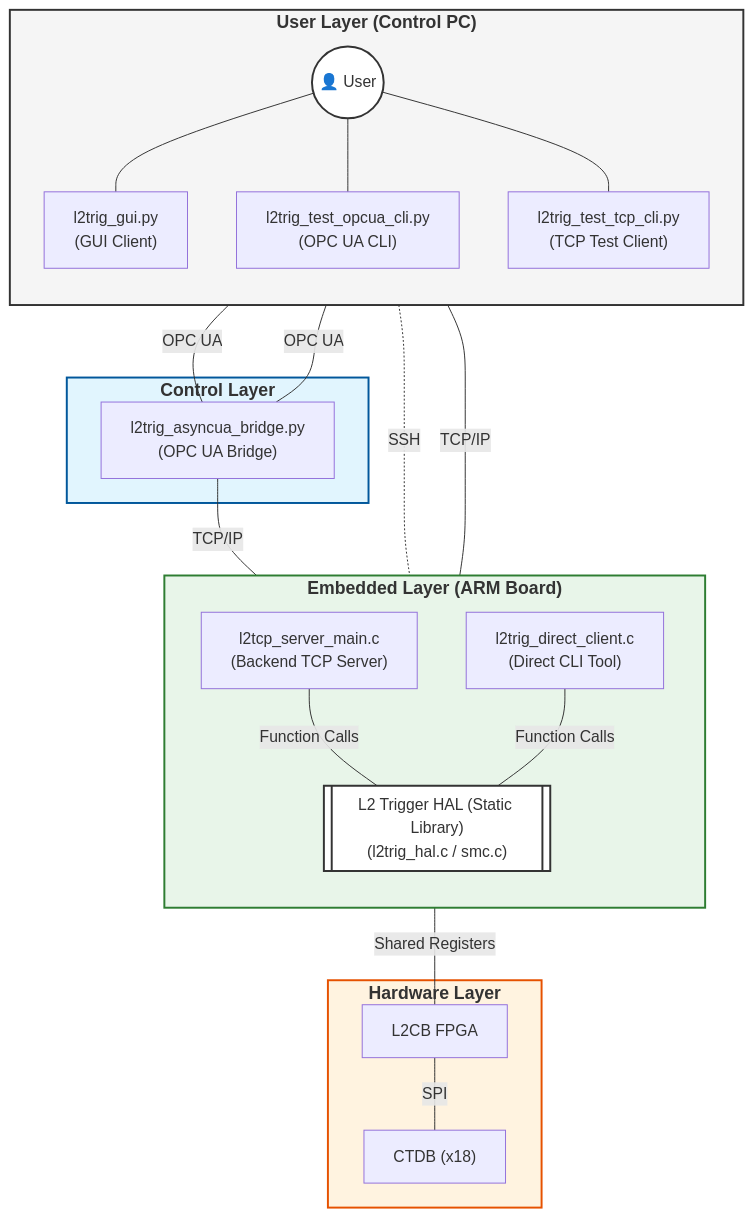
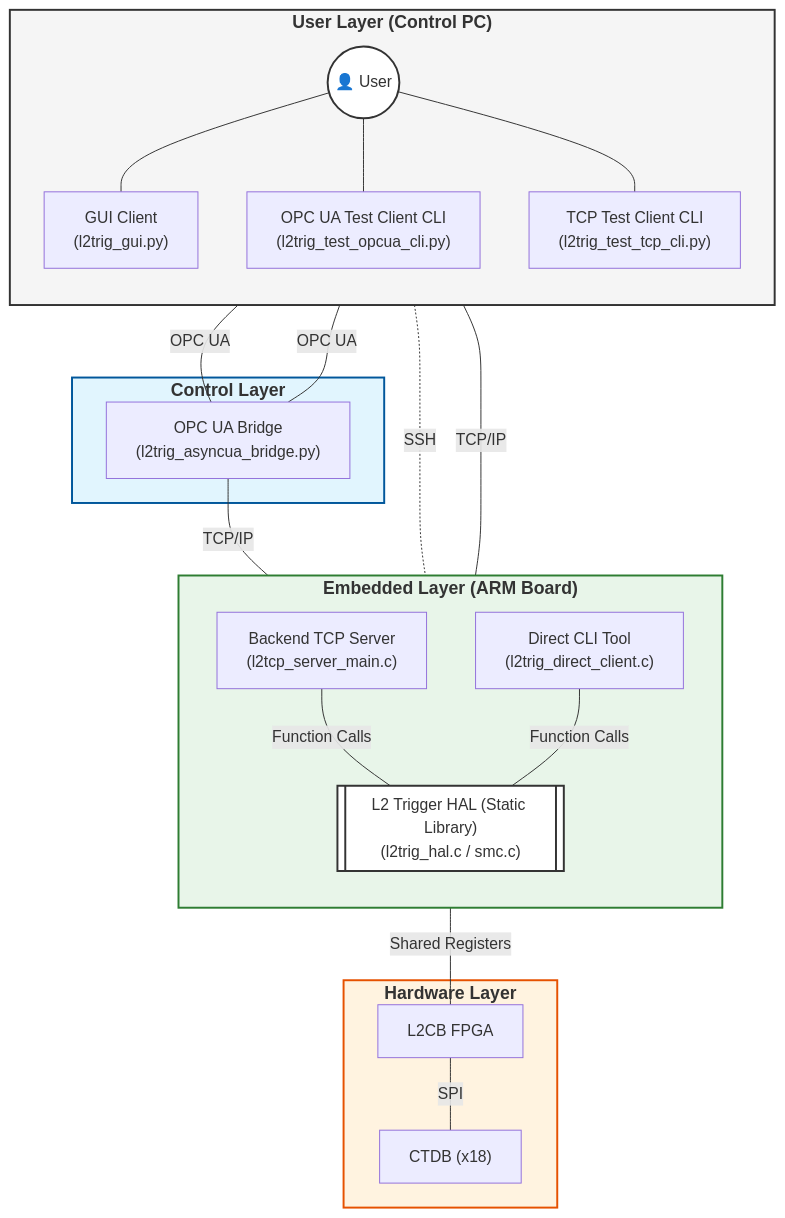
One commit to sfegan/nectarcam_dtc_opcua changed the diagram in README.md. Above: the diagram before and after it, drawn with Mermaid. The commit also changed 2 other files, not shown here.

Commit message:
Harmonize element descriptions

````diff
--- a/README.md
+++ b/README.md
@@ -193,55 +193,55 @@
 ```mermaid
 graph TD
     subgraph UserLayer ["<b><font size='4'>User Layer (Control PC)</font></b>"]
         direction TB
         User(("👤 User"))
-        GUI["l2trig_gui.py<br/>(GUI Client)"]
-        OPC_CLI["l2trig_test_opcua_cli.py<br/>(OPC UA CLI)"]
-        TCP_CLI["l2trig_test_tcp_cli.py<br/>(TCP Test Client)"]
+        GUI["GUI Client<br/>(l2trig_gui.py)"]
+        OPC_CLI["OPC UA Test Client CLI<br/>(l2trig_test_opcua_cli.py)"]
+        TCP_CLI["TCP Test Client CLI<br/>(l2trig_test_tcp_cli.py)"]
         
         %% Internal links
         User --- GUI
         User --- OPC_CLI
         User --- TCP_CLI
     end
 
     subgraph ControlLayer ["<b><font size='4'>Control Layer</font></b>"]
-        Bridge["l2trig_asyncua_bridge.py<br/>(OPC UA Bridge)"]
+        Bridge["OPC UA Bridge<br/>(l2trig_asyncua_bridge.py)"]
     end
 
     subgraph EmbeddedLayer ["<b><font size='4'>Embedded Layer (ARM Board)</font></b>"]
         direction TB
-        Backend["l2tcp_server_main.c<br/>(Backend TCP Server)"]
-        DirectCLI["l2trig_direct_client.c<br/>(Direct CLI Tool)"]
+        Backend["Backend TCP Server<br/>(l2tcp_server_main.c)"]
+        DirectCLI["Direct CLI Tool<br/>(l2trig_direct_client.c)"]
         HAL[["L2 Trigger HAL (Static Library)<br/>(l2trig_hal.c / smc.c)"]]
         
         %% Internal links
         Backend ---|Function Calls| HAL
         DirectCLI ---|Function Calls| HAL
     end
 
     subgraph HardwareLayer ["<b><font size='4'>Hardware Layer</font></b>"]
         L2CB["L2CB FPGA"]
         CTDB["CTDB (x18)"]
         
         %% Internal links
         L2CB ---|SPI| CTDB
     end
 
     %% Cross-layer links
     User -.-|SSH| DirectCLI
     GUI ---|OPC UA| Bridge
     OPC_CLI ---|OPC UA| Bridge
     Bridge ---|TCP/IP| Backend
     TCP_CLI ---|TCP/IP| Backend
     HAL ---|Shared Registers| L2CB
 
     %% Styling
     style UserLayer fill:#f5f5f5,stroke:#333,stroke-width:2px
     style ControlLayer fill:#e1f5fe,stroke:#01579b,stroke-width:2px
     style EmbeddedLayer fill:#e8f5e9,stroke:#2e7d32,stroke-width:2px
     style HardwareLayer fill:#fff3e0,stroke:#e65100,stroke-width:2px
     
     style User fill:#ffffff,stroke:#333,stroke-width:2px
     style HAL fill:#ffffff,stroke:#333,stroke-width:2px
 ```
````
